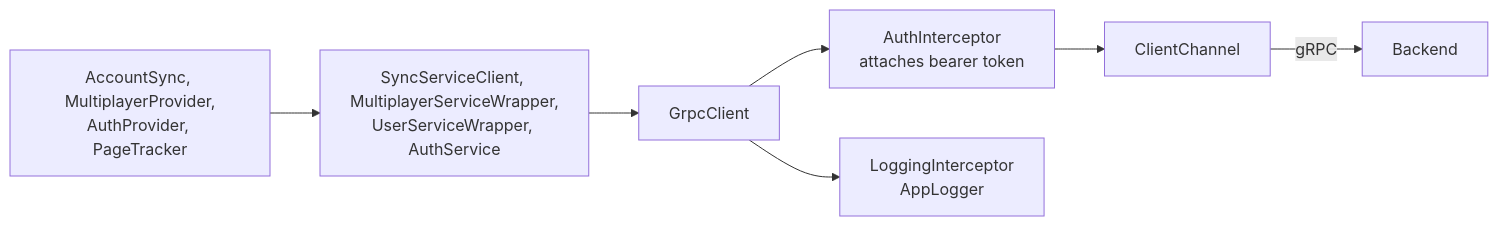
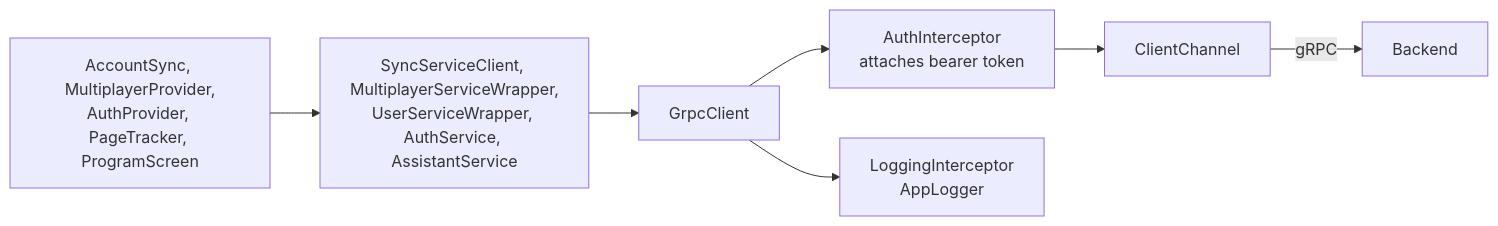
One commit to brensch/lift changed the fourth of 6 diagrams in docs/architecture/app.md. Above: the diagram before and after it, drawn with Mermaid. The commit also changed other lines of this file and 8 other files, not shown here.

First line of the commit message:
Docs: the architecture as built on programs

````diff
--- a/docs/architecture/app.md
+++ b/docs/architecture/app.md
@@ -137,9 +137,9 @@
 ```mermaid
 graph LR
-    prov["AccountSync, MultiplayerProvider,<br/>AuthProvider, PageTracker"] --> wrap["SyncServiceClient, MultiplayerServiceWrapper,<br/>UserServiceWrapper, AuthService"]
+    prov["AccountSync, MultiplayerProvider,<br/>AuthProvider, PageTracker, ProgramScreen"] --> wrap["SyncServiceClient, MultiplayerServiceWrapper,<br/>UserServiceWrapper, AuthService, AssistantService"]
     wrap --> gc["GrpcClient"]
     gc --> ai["AuthInterceptor<br/>attaches bearer token"]
     gc --> li["LoggingInterceptor<br/>AppLogger"]
     ai --> ch["ClientChannel"]
     ch -->|"gRPC"| server["Backend"]
 ```
````
